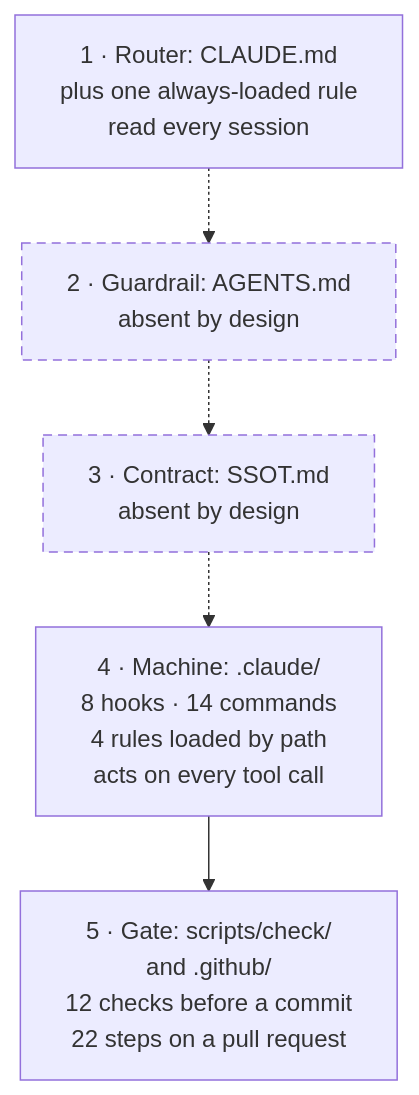
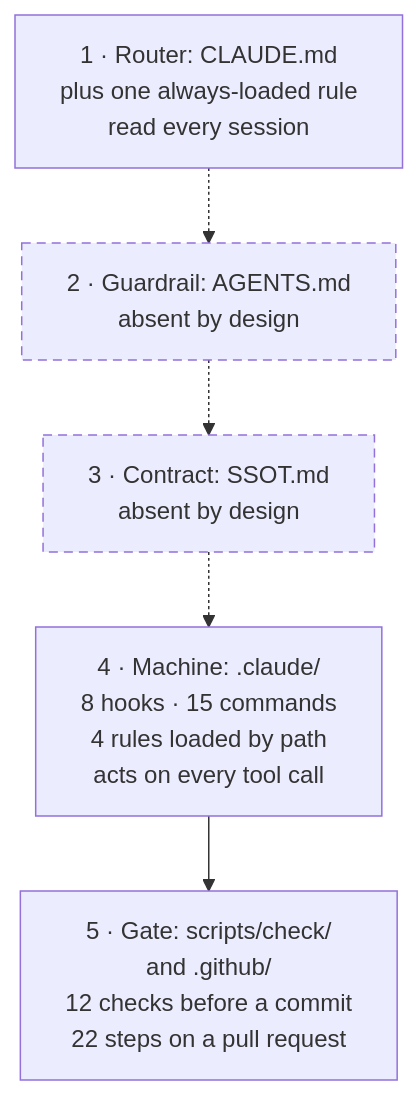
The fourth of 4 diagrams in README.md (adhibuchori/docs-agent-config), drawn with Mermaid before and after one commit. The commit also changed other lines of this file and 4 other files, not shown here.

````diff
--- a/README.md
+++ b/README.md
@@ -571,15 +571,15 @@
 ```mermaid
 flowchart TB
     accTitle: The layers this docs template ships
-    accDescr: Layer 1, the router, is CLAUDE.md plus one always-loaded rule, read every session. Layers 2 and 3, AGENTS.md and SSOT.md, are drawn dashed because a docs site omits them by design. Layer 4, the machine, holds eight hooks, four path-scoped rules and fourteen commands; it acts on every tool call. Layer 5, the gate, is the gate list run before each commit and the pull-request CI.
+    accDescr: Layer 1, the router, is CLAUDE.md plus one always-loaded rule, read every session. Layers 2 and 3, AGENTS.md and SSOT.md, are drawn dashed because a docs site omits them by design. Layer 4, the machine, holds eight hooks, four path-scoped rules and fifteen commands; it acts on every tool call. Layer 5, the gate, is the gate list run before each commit and the pull-request CI.
 
     L1["1 · Router: CLAUDE.md<br/>plus one always-loaded rule<br/>read every session"]
     L2["2 · Guardrail: AGENTS.md<br/>absent by design"]
     L3["3 · Contract: SSOT.md<br/>absent by design"]
-    L4["4 · Machine: .claude/<br/>8 hooks · 14 commands<br/>4 rules loaded by path<br/>acts on every tool call"]
+    L4["4 · Machine: .claude/<br/>8 hooks · 15 commands<br/>4 rules loaded by path<br/>acts on every tool call"]
     L5["5 · Gate: scripts/check/<br/>and .github/<br/>12 checks before a commit<br/>22 steps on a pull request"]
 
     L1 -.-> L2 -.-> L3 -.-> L4 --> L5
     classDef absent stroke-dasharray: 6 4
     class L2,L3 absent
 ```
````
